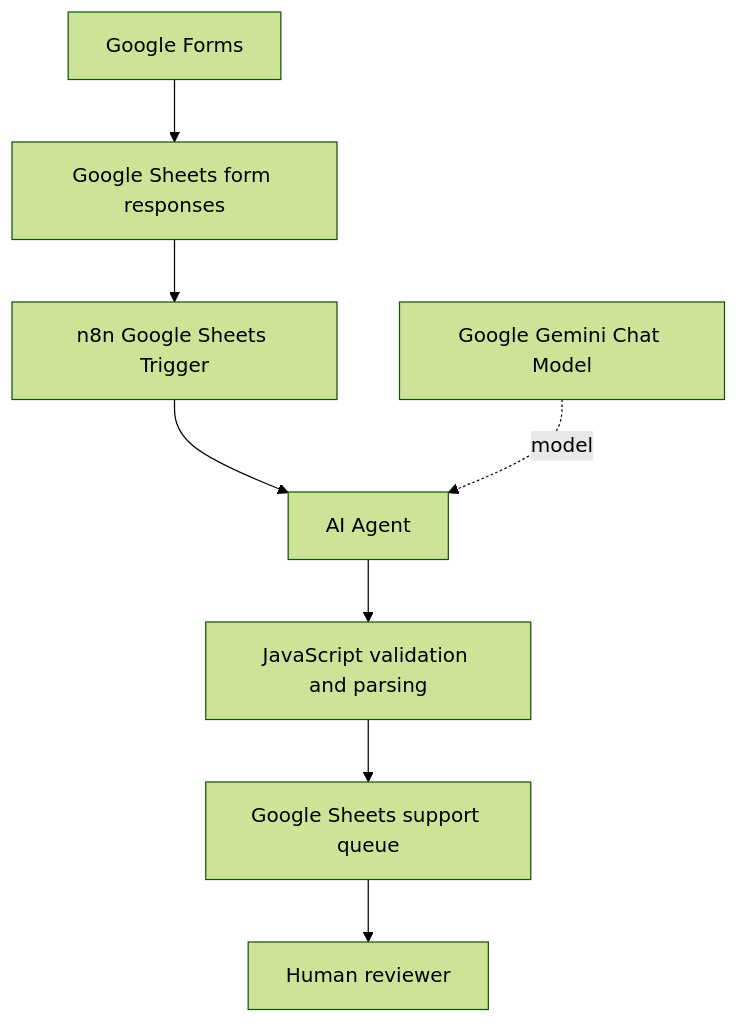
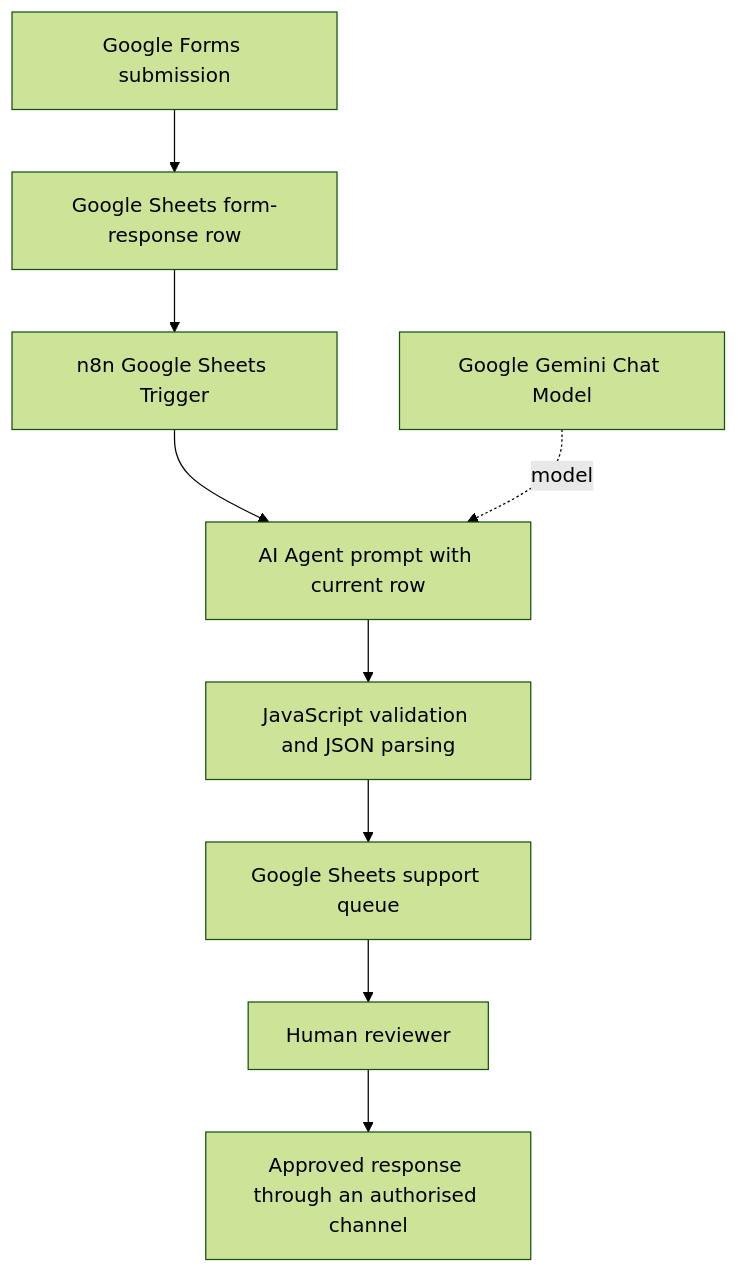
One commit to oluwaseun-tech/Ai-ticket-triage-automation changed the diagram in docs/architecture.md. Above: the diagram before and after it, drawn with Mermaid (forest theme). The commit also changed other lines of this file, not shown here.

Commit message:
Update docs/architecture.md to match sanitised workflow

````diff
--- a/docs/architecture.md
+++ b/docs/architecture.md
@@ -5,10 +5,11 @@
 ```mermaid
 flowchart TD
-  A[Google Forms] --> B[Google Sheets form responses]
-  B --> C[n8n Google Sheets Trigger]
-  C --> D[AI Agent]
-  G[Google Gemini Chat Model] -. model .-> D
-  D --> E[JavaScript validation and parsing]
-  E --> F[Google Sheets support queue]
-  F --> H[Human reviewer]
+    A[Google Forms submission] --> B[Google Sheets form-response row]
+    B --> C[n8n Google Sheets Trigger]
+    C --> D[AI Agent prompt with current row]
+    E[Google Gemini Chat Model] -. model .-> D
+    D --> F[JavaScript validation and JSON parsing]
+    F --> G[Google Sheets support queue]
+    G --> H[Human reviewer]
+    H --> I[Approved response through an authorised channel]
 ```
````
